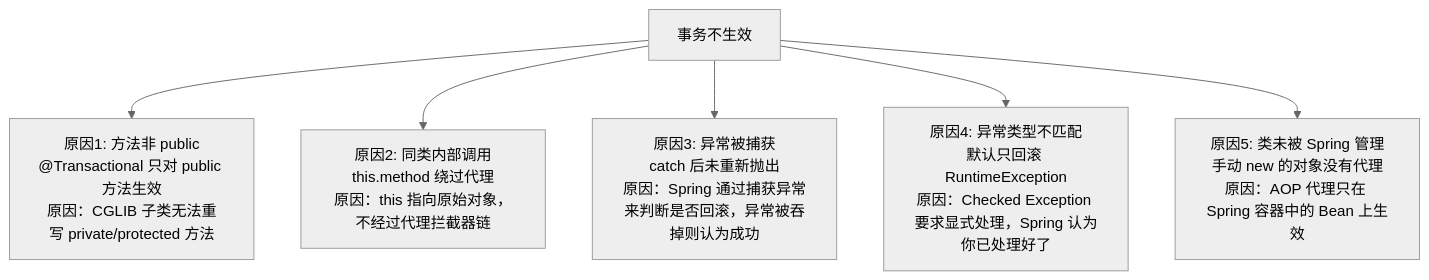
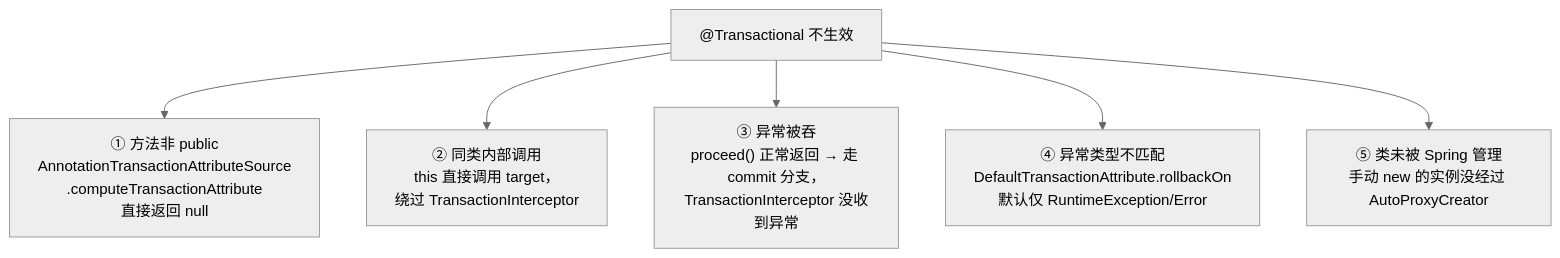
The fourth of 5 diagrams in docs/02-spring/01-核心基础/06-Spring事务管理.md (b1tzer/b1tzer.github.io), drawn with Mermaid (neutral theme) before and after one commit. The commit also changed other lines of this file and 10 other files, not shown here.

````diff
--- a/docs/02-spring/01-核心基础/06-Spring事务管理.md
+++ b/docs/02-spring/01-核心基础/06-Spring事务管理.md
@@ -34,8 +374,8 @@
 ```mermaid
 flowchart TD
-    A[事务不生效] --> B["原因1: 方法非 public<br>@Transactional 只对 public 方法生效<br>原因：CGLIB 子类无法重写 private/protected 方法"]
-    A --> C["原因2: 同类内部调用<br>this.method 绕过代理<br>原因：this 指向原始对象，不经过代理拦截器链"]
-    A --> D["原因3: 异常被捕获<br>catch 后未重新抛出<br>原因：Spring 通过捕获异常来判断是否回滚，异常被吞掉则认为成功"]
-    A --> E["原因4: 异常类型不匹配<br>默认只回滚 RuntimeException<br>原因：Checked Exception 要求显式处理，Spring 认为你已处理好了"]
-    A --> F["原因5: 类未被 Spring 管理<br>手动 new 的对象没有代理<br>原因：AOP 代理只在 Spring 容器中的 Bean 上生效"]
+    A["@Transactional 不生效"] --> B["① 方法非 public<br>AnnotationTransactionAttributeSource<br>.computeTransactionAttribute<br>直接返回 null"]
+    A --> C["② 同类内部调用<br>this 直接调用 target，<br>绕过 TransactionInterceptor"]
+    A --> D["③ 异常被吞<br>proceed() 正常返回 → 走 commit 分支，<br>TransactionInterceptor 没收到异常"]
+    A --> E["④ 异常类型不匹配<br>DefaultTransactionAttribute.rollbackOn<br>默认仅 RuntimeException/Error"]
+    A --> F["⑤ 类未被 Spring 管理<br>手动 new 的实例没经过 AutoProxyCreator"]
 ```
````
